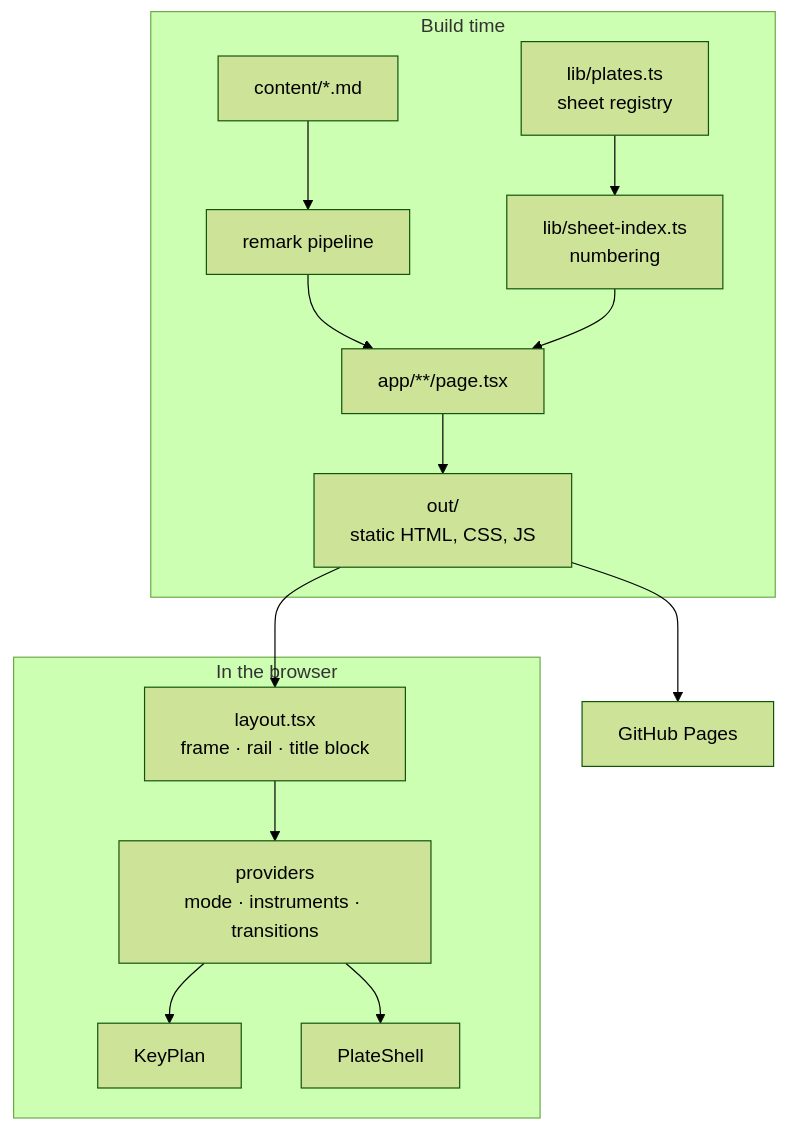
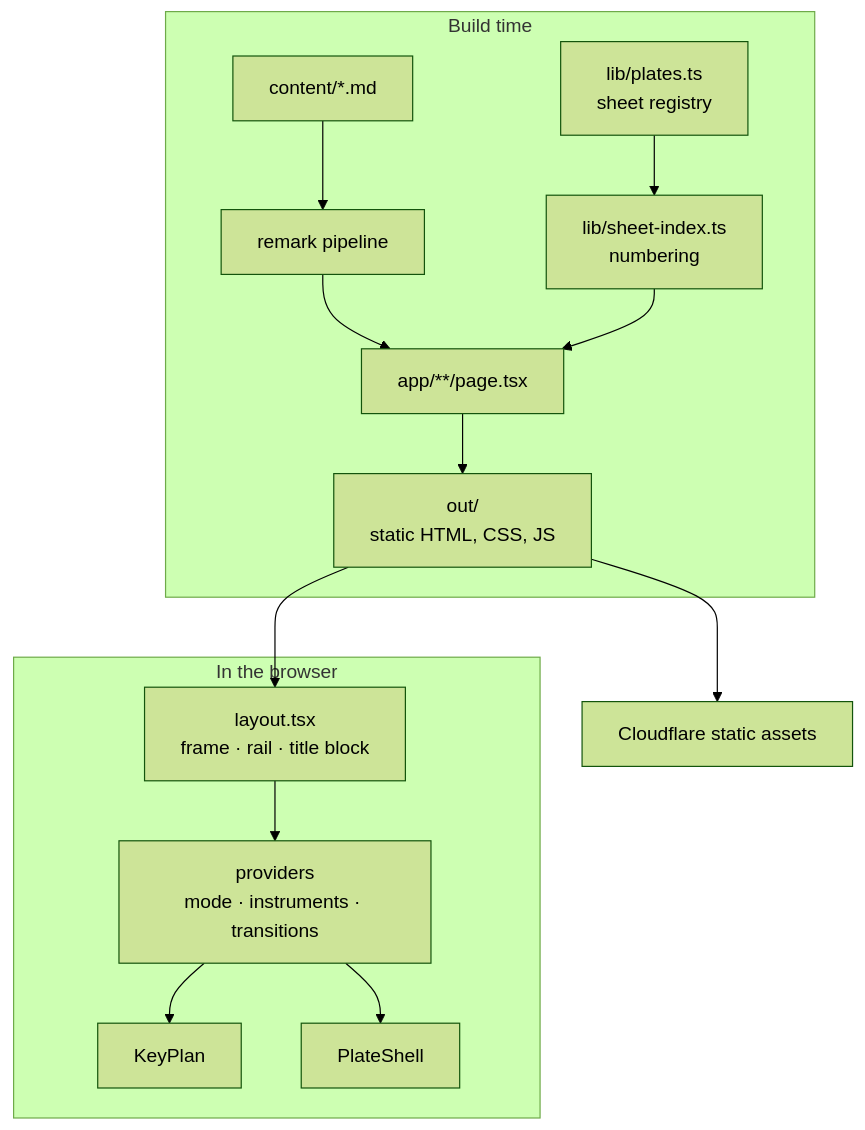
Before and after one commit to ax5hay/akshaybajpai.com: the third of 6 diagrams in README.md, drawn with Mermaid (forest theme). The commit also changed other lines of this file and 7 other files, not shown here.

````diff
--- a/README.md
+++ b/README.md
@@ -827,17 +826,17 @@
 ```mermaid
 flowchart TD
   subgraph BUILD["Build time"]
     MD["content/*.md"] --> PIPE["remark pipeline"]
     REG["lib/plates.ts<br/>sheet registry"] --> IDX["lib/sheet-index.ts<br/>numbering"]
     PIPE --> ROUTES["app/**/page.tsx"]
     IDX --> ROUTES
     ROUTES --> OUT["out/<br/>static HTML, CSS, JS"]
   end
   subgraph RUN["In the browser"]
     OUT --> LAYOUT["layout.tsx<br/>frame · rail · title block"]
     LAYOUT --> PROV["providers<br/>mode · instruments · transitions"]
     PROV --> PLAN["KeyPlan"]
     PROV --> SHELL["PlateShell"]
   end
-  OUT --> PAGES["GitHub Pages"]
+  OUT --> PAGES["Cloudflare static assets"]
 ```
````
